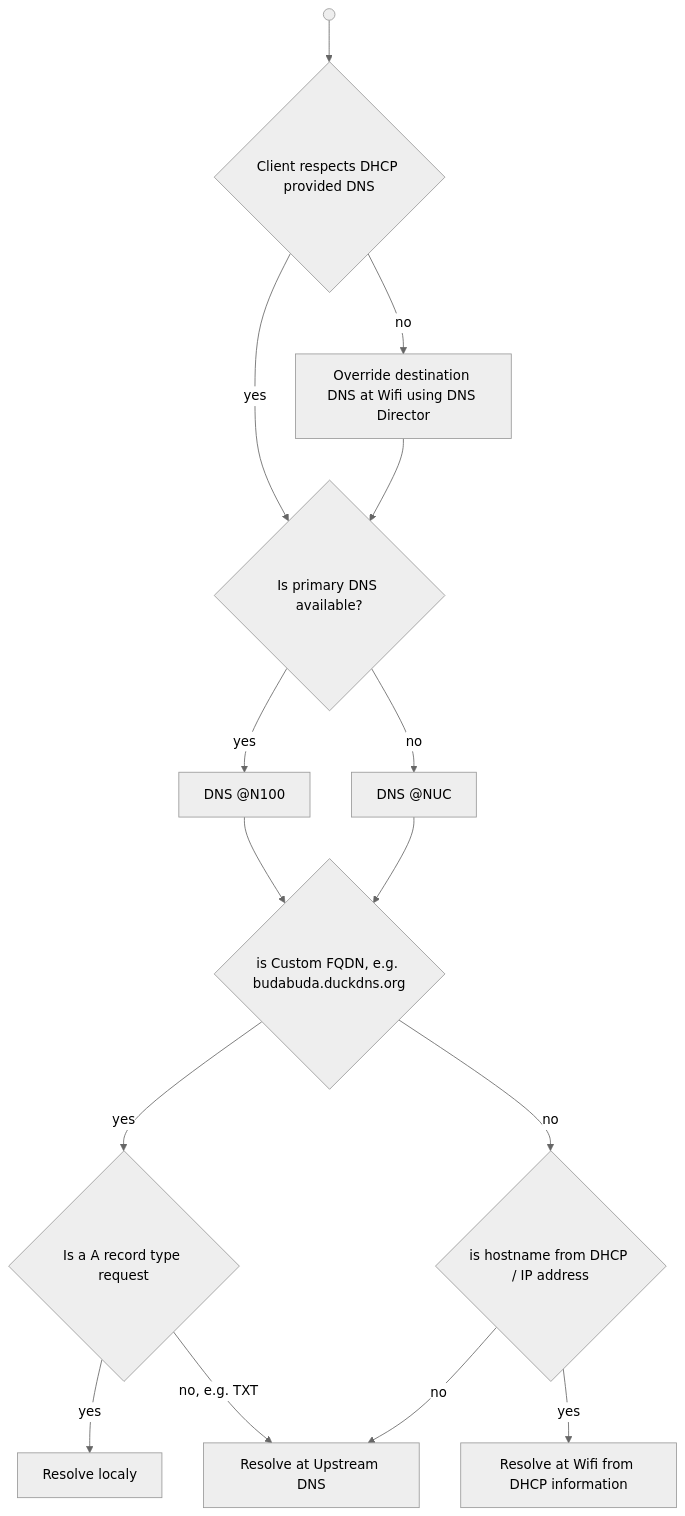
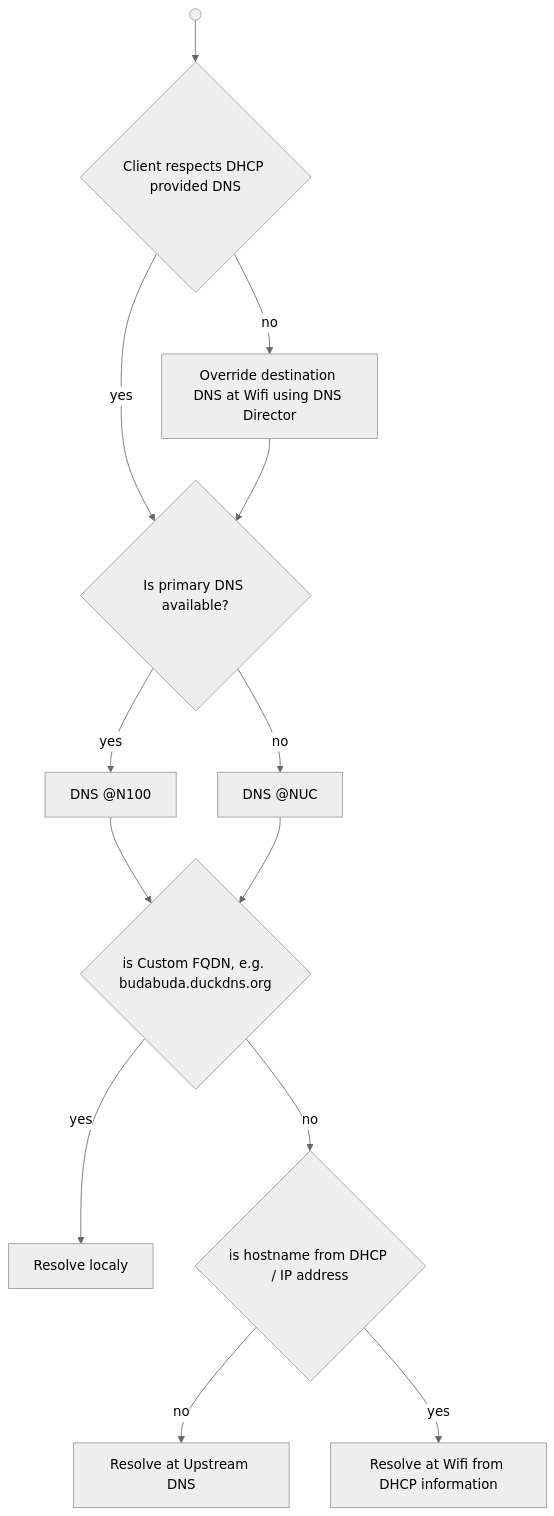
One commit to pstefka/smarthome changed the fourth of 4 diagrams in README.md. Above: the diagram before and after it, drawn with Mermaid (neutral theme). The commit also changed other lines of this file and 7 other files, not shown here.

````diff
--- a/README.md
+++ b/README.md
@@ -81,40 +89,37 @@
 ```mermaid
 flowchart TD
 
   START@{ shape: sm-circ, label: "Small start" }
   RESPECT{Client respects DHCP provided DNS}
   START --> RESPECT
 
   DNS12{Is primary DNS available?}
   RESPECT -- yes --> DNS12
 
   DNSD[Override destination DNS at Wifi using DNS Director]
   RESPECT -- no --> DNSD
   DNSD --> DNS12
 
   DNS1[DNS @N100]
   DNS12 -- yes --> DNS1
 
   DNS2[DNS @NUC]
   DNS12 -- no --> DNS2
   
   CDNS{is Custom FQDN, e.g. budabuda.duckdns.org}
   DNS1 --> CDNS
   DNS2 --> CDNS
 
-  ISA{Is a A record type request}
-  CDNS -- yes --> ISA
-
   LRESOLVE[Resolve localy]
-  ISA -- yes --> LRESOLVE
+  CDNS -- yes --> LRESOLVE
 
   UDNS[Resolve at Upstream DNS]
-  ISA -- no, e.g. TXT --> UDNS
+
 
   DHCPDNS{is hostname from DHCP / IP address}
   CDNS -- no --> DHCPDNS
   DHCPDNS -- no --> UDNS
 
   WRESOLVE[Resolve at Wifi from DHCP information]
   DHCPDNS -- yes --> WRESOLVE
 ```
````
